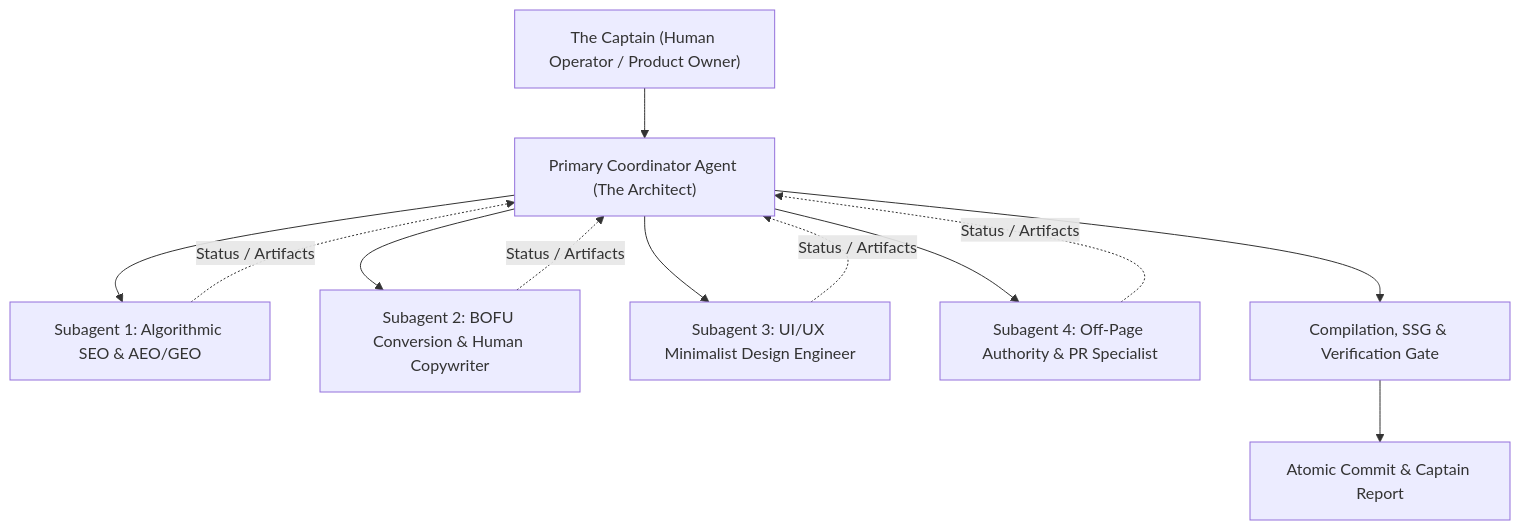
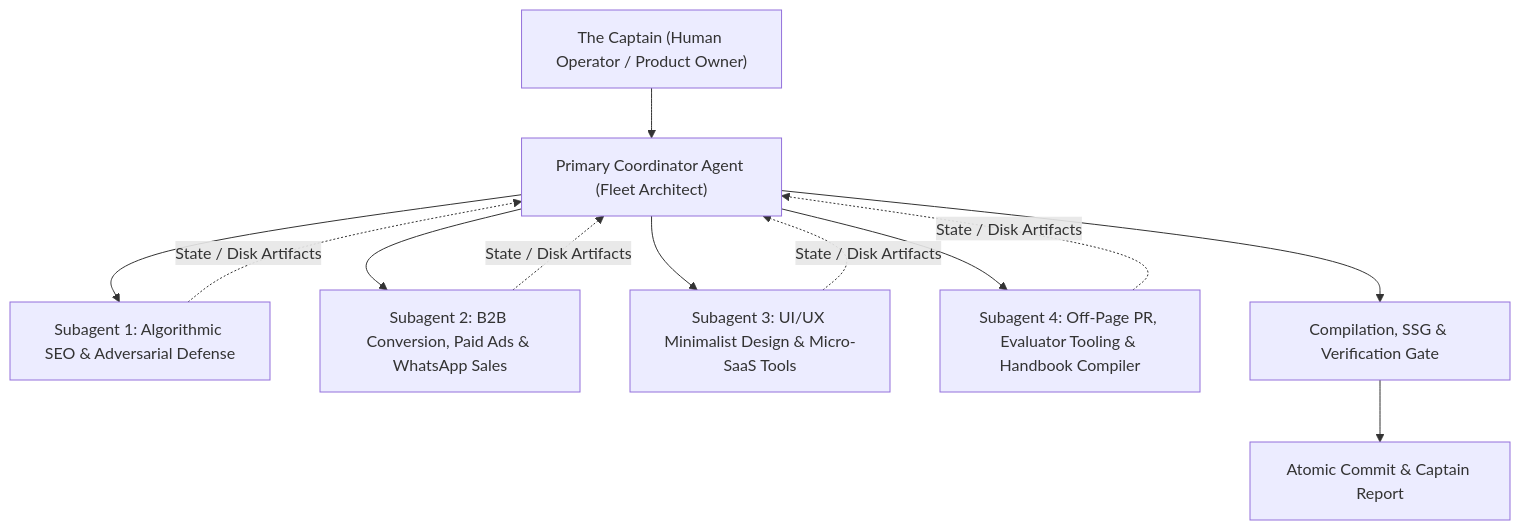
The diagram in MASTER_AGENT_PLAYBOOK/08_AUTONOMOUS_FLEET_ORCHESTRATION_AND_SUBAGENT_PROTOCOLS.md (655Chaman/elesium-website), drawn with Mermaid before and after one commit. The commit also changed other lines of this file and 18 other files, not shown here.

Commit message:
feat(playbook): level up master agent operating system to v2026.2 extreme edition with 15 modules, cli evaluator, and executive book

````diff
--- a/MASTER_AGENT_PLAYBOOK/08_AUTONOMOUS_FLEET_ORCHESTRATION_AND_SUBAGENT_PROTOCOLS.md
+++ b/MASTER_AGENT_PLAYBOOK/08_AUTONOMOUS_FLEET_ORCHESTRATION_AND_SUBAGENT_PROTOCOLS.md
@@ -21,17 +21,17 @@
 ```mermaid
 graph TD
-    Captain["The Captain (Human Operator / Product Owner)"] --> Primary["Primary Coordinator Agent (The Architect)"]
+    Captain["The Captain (Human Operator / Product Owner)"] --> Primary["Primary Coordinator Agent (Fleet Architect)"]
     
-    Primary --> S1["Subagent 1: Algorithmic SEO & AEO/GEO"]
-    Primary --> S2["Subagent 2: BOFU Conversion & Human Copywriter"]
-    Primary --> S3["Subagent 3: UI/UX Minimalist Design Engineer"]
-    Primary --> S4["Subagent 4: Off-Page Authority & PR Specialist"]
+    Primary --> S1["Subagent 1: Algorithmic SEO & Adversarial Defense"]
+    Primary --> S2["Subagent 2: B2B Conversion, Paid Ads & WhatsApp Sales"]
+    Primary --> S3["Subagent 3: UI/UX Minimalist Design & Micro-SaaS Tools"]
+    Primary --> S4["Subagent 4: Off-Page PR, Evaluator Tooling & Handbook Compiler"]
     
-    S1 -. "Status / Artifacts" .-> Primary
-    S2 -. "Status / Artifacts" .-> Primary
-    S3 -. "Status / Artifacts" .-> Primary
-    S4 -. "Status / Artifacts" .-> Primary
+    S1 -. "State / Disk Artifacts" .-> Primary
+    S2 -. "State / Disk Artifacts" .-> Primary
+    S3 -. "State / Disk Artifacts" .-> Primary
+    S4 -. "State / Disk Artifacts" .-> Primary
     
     Primary --> Gate["Compilation, SSG & Verification Gate"]
     Gate --> Delivery["Atomic Commit & Captain Report"]
 ```
````
